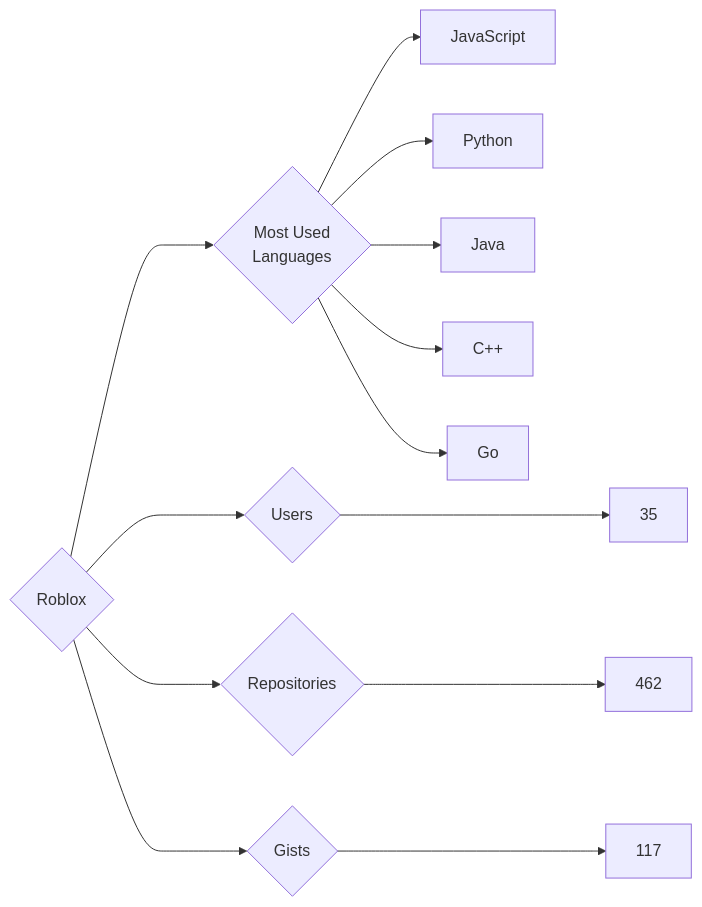
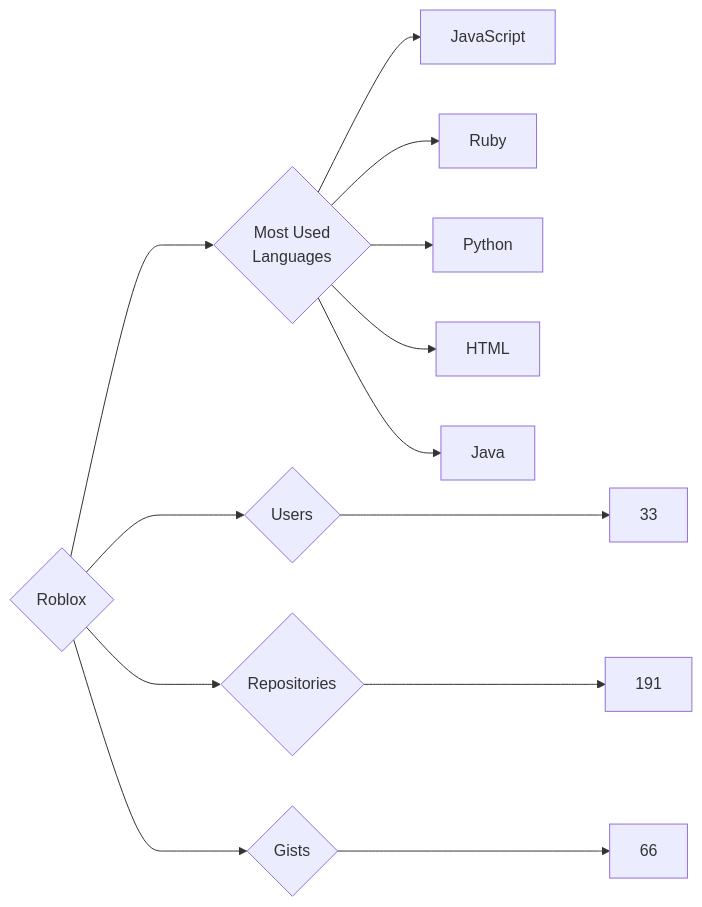
One commit to trickest/insiders changed the diagram in targets/Roblox/README.md. Above: the diagram before and after it, drawn with Mermaid. The commit also changed 582 other files, not shown here.

````diff
--- a/targets/Roblox/README.md
+++ b/targets/Roblox/README.md
@@ -3,13 +3,13 @@
 ```mermaid
 graph LR
 COMPANY_NAME{Roblox}
-COMPANY_NAME ---> U{Users} ---> UN[35]
-COMPANY_NAME ---> R{Repositories} ---> RN[462]
-COMPANY_NAME ---> G{Gists} ---> GN[117]
+COMPANY_NAME ---> U{Users} ---> UN[33]
+COMPANY_NAME ---> R{Repositories} ---> RN[191]
+COMPANY_NAME ---> G{Gists} ---> GN[66]
 COMPANY_NAME ---> ML{Most Used<br>Languages}
 ML --> JavaScript[JavaScript]
+ML --> Ruby[Ruby]
 ML --> Python[Python]
+ML --> HTML[HTML]
 ML --> Java[Java]
-ML --> C++[C++]
-ML --> Go[Go]
 ```
````
